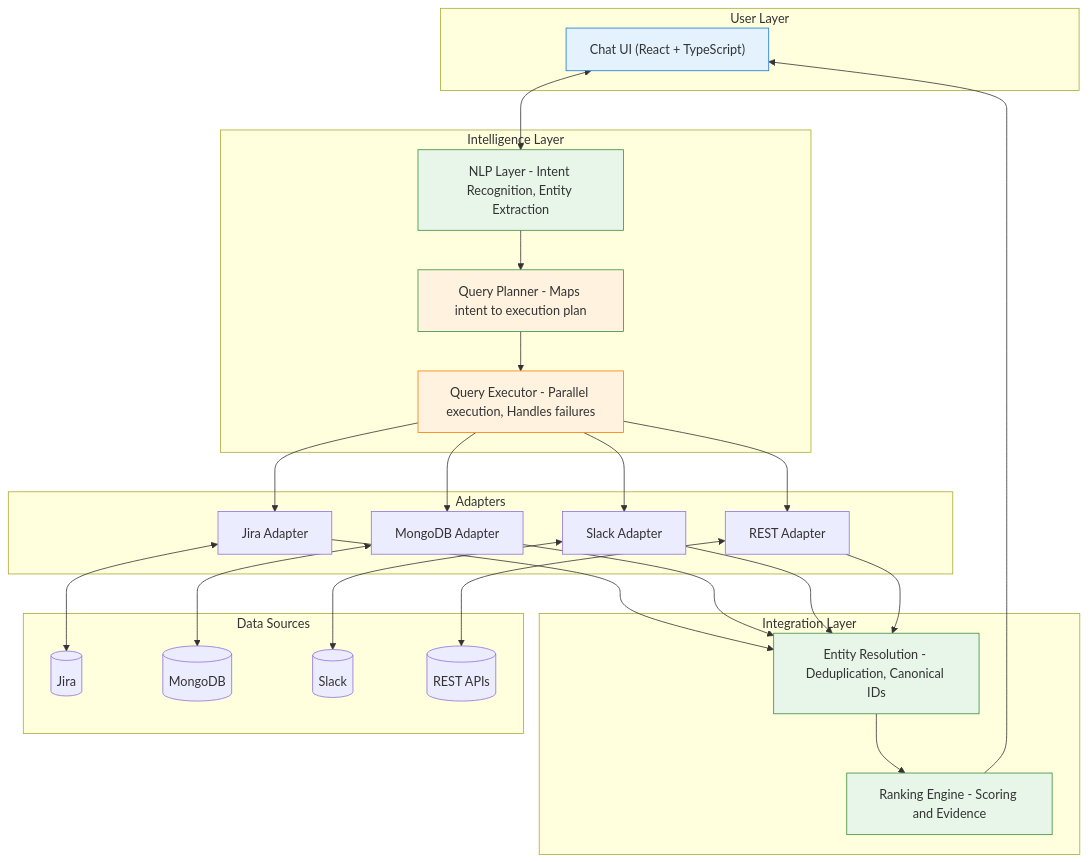
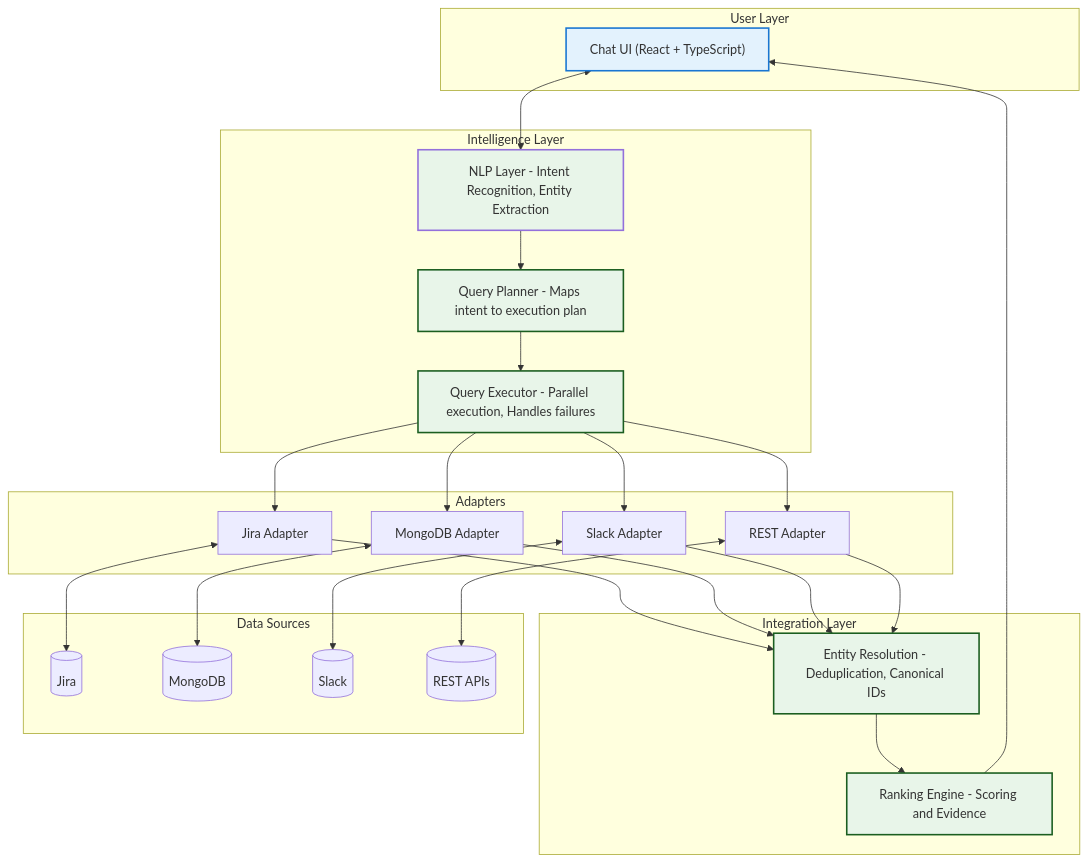
The third of 10 diagrams in README.md (satnamatri-dev/Patent_Work), drawn with Mermaid before and after one commit.

Commit message:
Modify styles in README for diagram elements
Updated styles in the README for UI, NLP, QP, QE, ER, and RE with new stroke widths.

````diff
--- a/README.md
+++ b/README.md
@@ -150,50 +150,51 @@
 ```mermaid
 flowchart TB
     subgraph "User Layer"
         UI["Chat UI (React + TypeScript)"]
     end
     
     subgraph "Intelligence Layer"
         NLP["NLP Layer - Intent Recognition, Entity Extraction"]
         QP["Query Planner - Maps intent to execution plan"]
         QE["Query Executor - Parallel execution, Handles failures"]
     end
     
     subgraph "Integration Layer"
         ER["Entity Resolution - Deduplication, Canonical IDs"]
         RE["Ranking Engine - Scoring and Evidence"]
     end
     
     subgraph "Adapters"
         AD1["Jira Adapter"]
         AD2["MongoDB Adapter"]
         AD3["Slack Adapter"]
         AD4["REST Adapter"]
     end
     
     subgraph "Data Sources"
         DS1[("Jira")]
         DS2[("MongoDB")]
         DS3[("Slack")]
         DS4[("REST APIs")]
     end
     
     UI <--> NLP
     NLP --> QP
     QP --> QE
     QE --> AD1 & AD2 & AD3 & AD4
     AD1 <--> DS1
     AD2 <--> DS2
     AD3 <--> DS3
     AD4 <--> DS4
     AD1 & AD2 & AD3 & AD4 --> ER
     ER --> RE
     RE --> UI
     
-    style UI fill:#e3f2fd,stroke:#1976d2
-    style NLP fill:#e8f5e9,stroke:#388e3c
-    style QP fill:#fff3e0,stroke:#388e3c
-    style QE fill:#fff3e0,stroke:#f57c00
-    style ER fill:#e8f5e9,stroke:#388e3c
-    style RE fill:#e8f5e9,stroke:#388e3c
+   style UI fill:#e3f2fd,stroke:#1976d2,stroke-width:2px
+    style NLP fill:#e8f5e9,stroke:#1b5e2,stroke-width:2px
+    style QP fill:#e8f5e9,stroke:#1b5e20,stroke-width:2px
+    style QE fill:#e8f5e9,stroke:#1b5e20,stroke-width:2px
+    style ER fill:#e8f5e9,stroke:#1b5e20,stroke-width:2px
+    style RE fill:#e8f5e9,stroke:#1b5e20,stroke-width:2px
+
 ```
````
